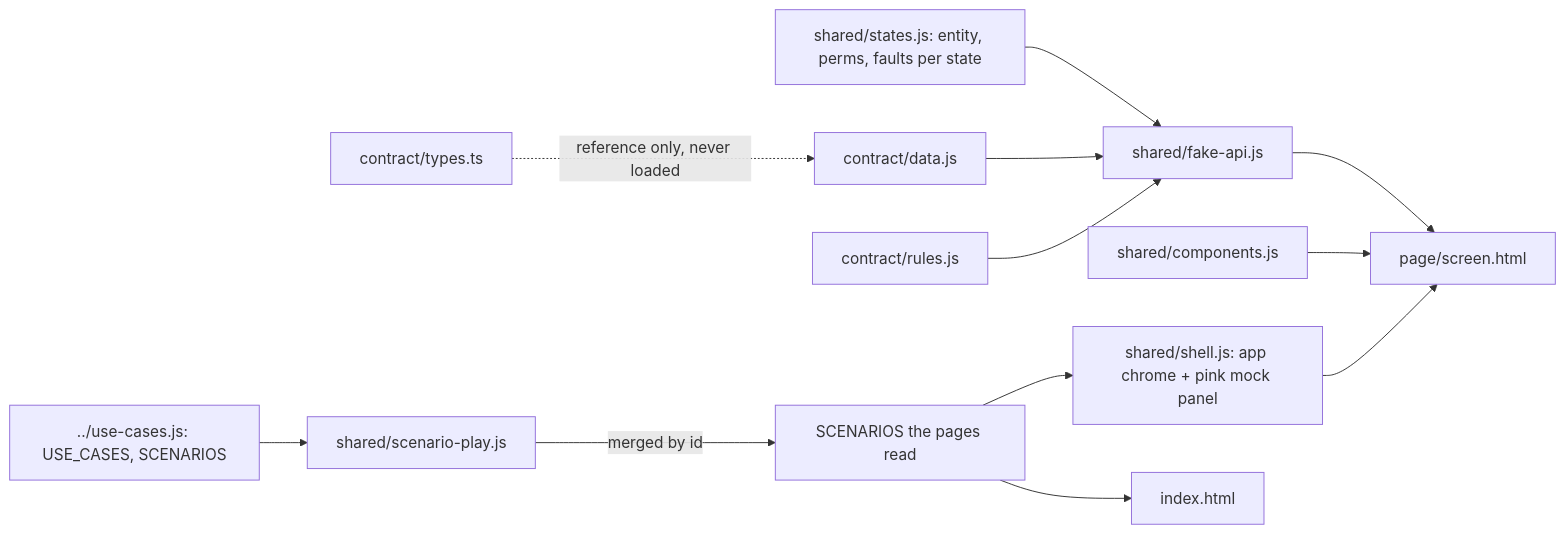
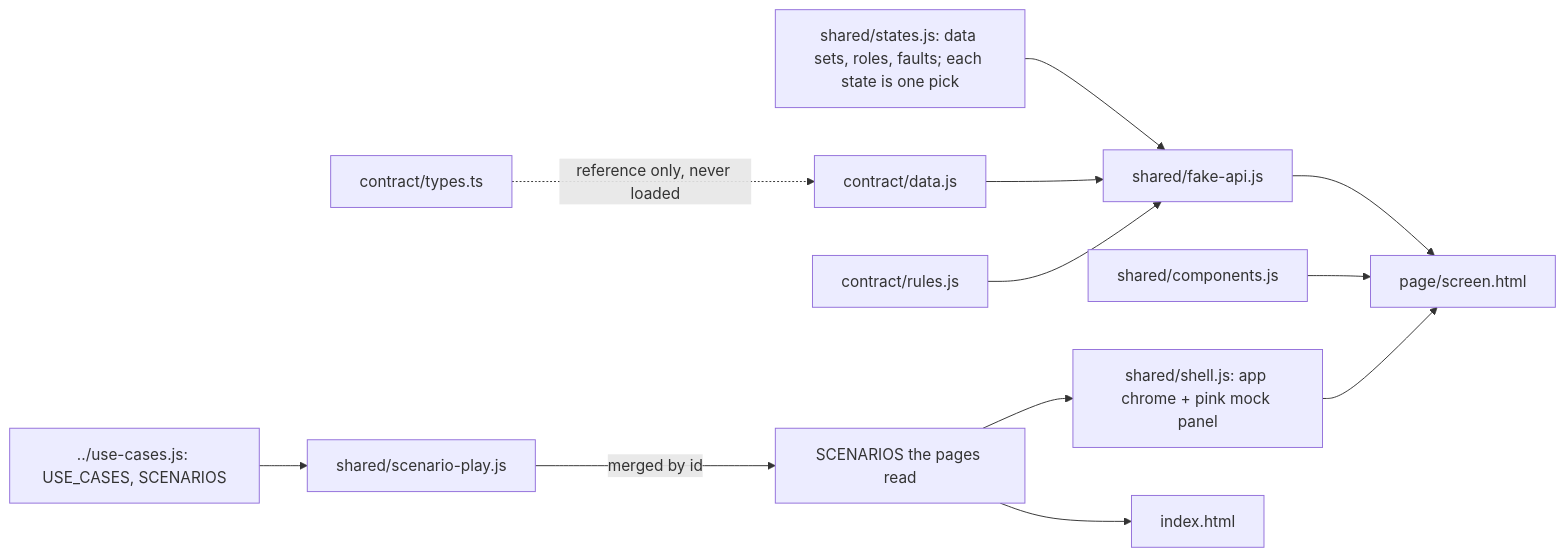
One commit to naphatwx/naphatwx-tools changed the second of 5 diagrams in plugins/naphatwx-tools/skills/generate-mock-ui/README.md. Above: the diagram before and after it, drawn with Mermaid. The commit also changed other lines of this file and 20 other files, not shown here.

````diff
--- a/plugins/naphatwx-tools/skills/generate-mock-ui/README.md
+++ b/plugins/naphatwx-tools/skills/generate-mock-ui/README.md
@@ -49,14 +43,14 @@
 ```mermaid
 graph LR
     UCJ["../use-cases.js: USE_CASES, SCENARIOS"] --> SP[shared/scenario-play.js]
     SP -->|merged by id| SCS[SCENARIOS the pages read]
-    ST["shared/states.js: entity, perms, faults per state"] --> FA[shared/fake-api.js]
+    ST["shared/states.js: data sets, roles, faults; each state is one pick"] --> FA[shared/fake-api.js]
     DATA[contract/data.js] --> FA
     RULES[contract/rules.js] --> FA
     FA --> PG["page/screen.html"]
     COMP[shared/components.js] --> PG
     SH["shared/shell.js: app chrome + pink mock panel"] --> PG
     SCS --> IDX[index.html]
     SCS --> SH
     TYPES[contract/types.ts] -.->|reference only, never loaded| DATA
 ```
````
